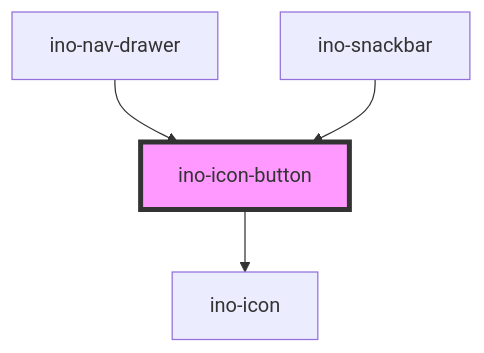
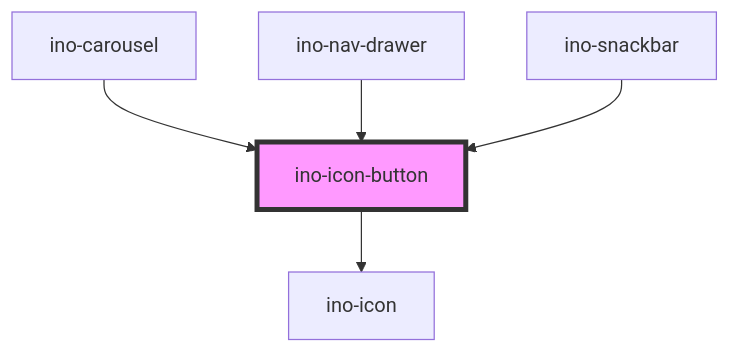
Before and after one commit to inovex/elements: the diagram in packages/elements/src/components/ino-icon-button/readme.md, drawn with Mermaid. The commit also changed other lines of this file and 10 other files, not shown here.

````diff
--- a/packages/elements/src/components/ino-icon-button/readme.md
+++ b/packages/elements/src/components/ino-icon-button/readme.md
@@ -112,7 +113,8 @@
 ```mermaid
 graph TD;
   ino-icon-button --> ino-icon
+  ino-carousel --> ino-icon-button
   ino-nav-drawer --> ino-icon-button
   ino-snackbar --> ino-icon-button
   style ino-icon-button fill:#f9f,stroke:#333,stroke-width:4px
 ```
````
